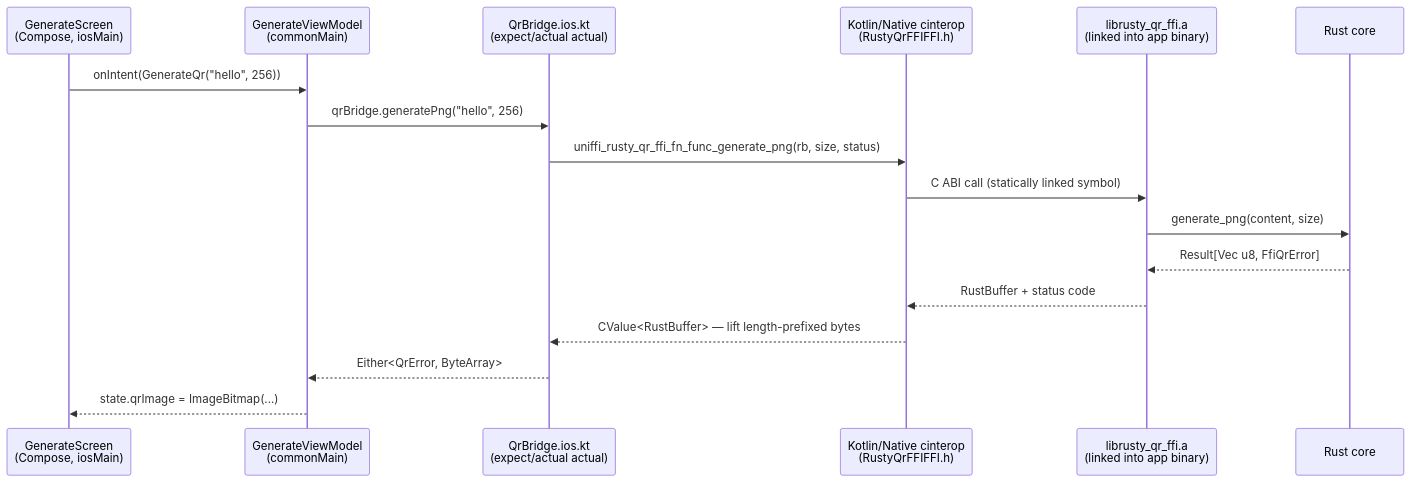
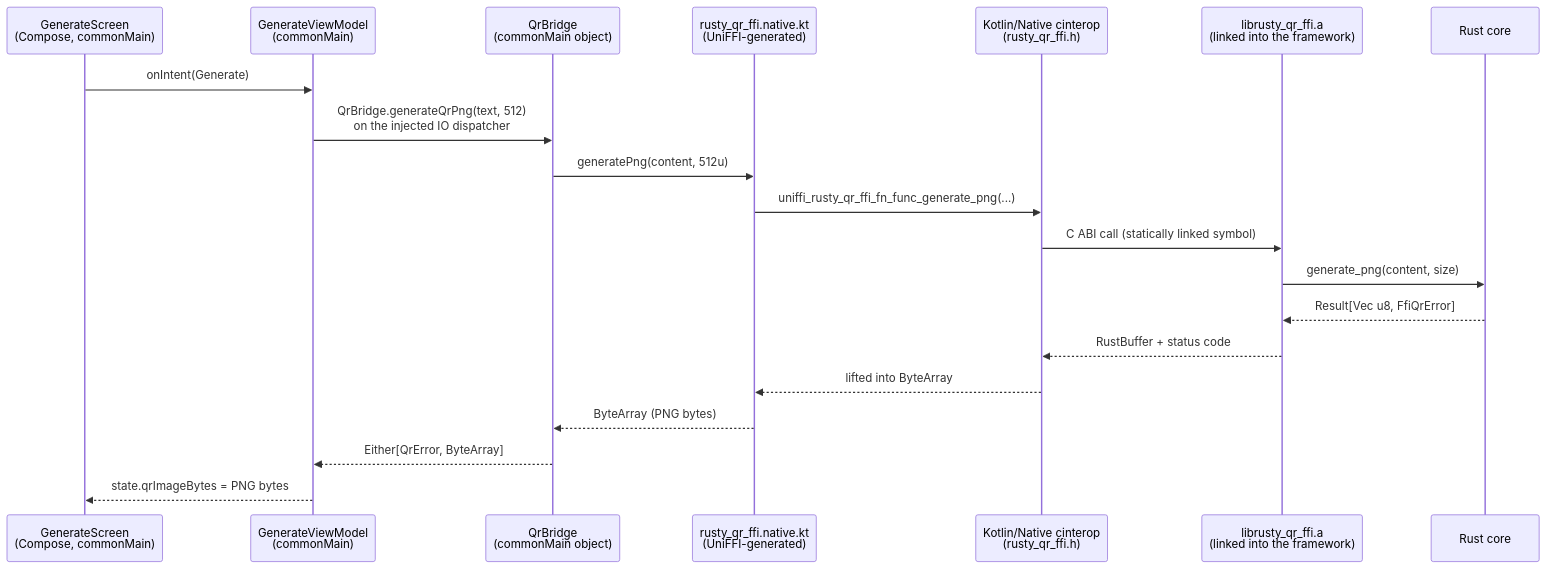
The seventh of 7 diagrams in docs/ARCHITECTURE.md (prasannajeet/RustyQR), drawn with Mermaid before and after one commit. The commit also changed other lines of this file and 25 other files, not shown here.

````diff
--- a/docs/ARCHITECTURE.md
+++ b/docs/ARCHITECTURE.md
@@ -425,20 +444,23 @@
 ```mermaid
 sequenceDiagram
-    participant UI as GenerateScreen<br/>(Compose, iosMain)
+    participant UI as GenerateScreen<br/>(Compose, commonMain)
     participant VM as GenerateViewModel<br/>(commonMain)
-    participant Bridge as QrBridge.ios.kt<br/>(expect/actual actual)
-    participant CI as Kotlin/Native cinterop<br/>(RustyQrFFIFFI.h)
-    participant A as librusty_qr_ffi.a<br/>(linked into app binary)
+    participant Bridge as QrBridge<br/>(commonMain object)
+    participant Gen as rusty_qr_ffi.native.kt<br/>(UniFFI-generated)
+    participant CI as Kotlin/Native cinterop<br/>(rusty_qr_ffi.h)
+    participant A as librusty_qr_ffi.a<br/>(linked into the framework)
     participant Rust as Rust core
 
-    UI->>VM: onIntent(GenerateQr("hello", 256))
-    VM->>Bridge: qrBridge.generatePng("hello", 256)
-    Bridge->>CI: uniffi_rusty_qr_ffi_fn_func_generate_png(rb, size, status)
+    UI->>VM: onIntent(Generate)
+    VM->>Bridge: QrBridge.generateQrPng(text, 512)<br/>on the injected IO dispatcher
+    Bridge->>Gen: generatePng(content, 512u)
+    Gen->>CI: uniffi_rusty_qr_ffi_fn_func_generate_png(...)
     CI->>A: C ABI call (statically linked symbol)
     A->>Rust: generate_png(content, size)
     Rust-->>A: Result[Vec u8, FfiQrError]
     A-->>CI: RustBuffer + status code
-    CI-->>Bridge: CValue<RustBuffer> — lift length-prefixed bytes
-    Bridge-->>VM: Either<QrError, ByteArray>
-    VM-->>UI: state.qrImage = ImageBitmap(...)
+    CI-->>Gen: lifted into ByteArray
+    Gen-->>Bridge: ByteArray (PNG bytes)
+    Bridge-->>VM: Either[QrError, ByteArray]
+    VM-->>UI: state.qrImageBytes = PNG bytes
 ```
````
